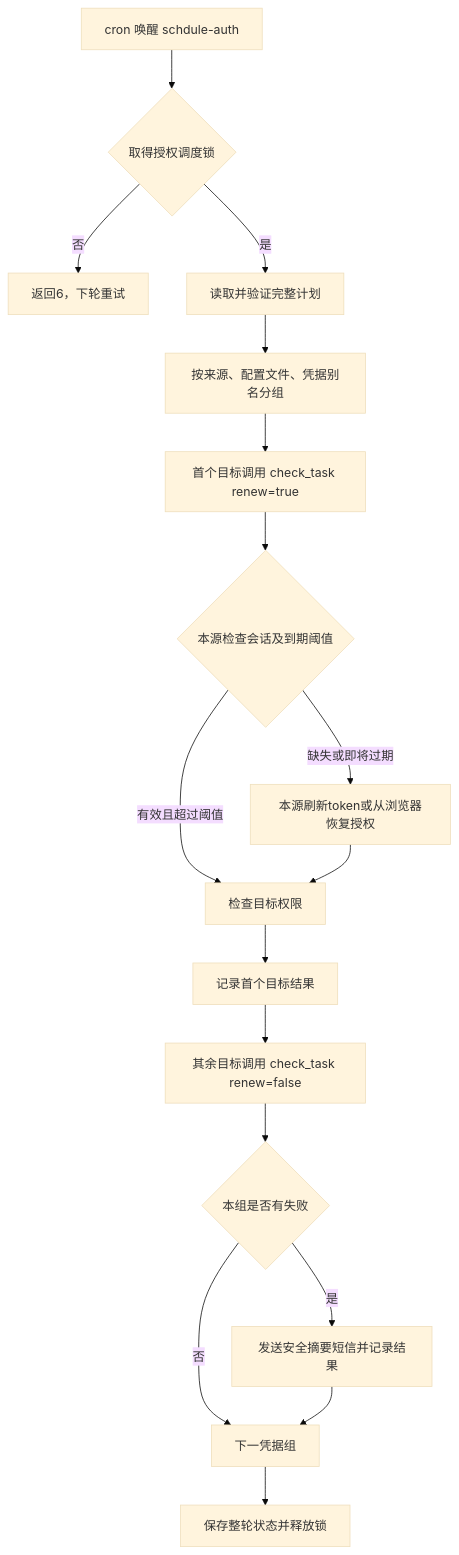
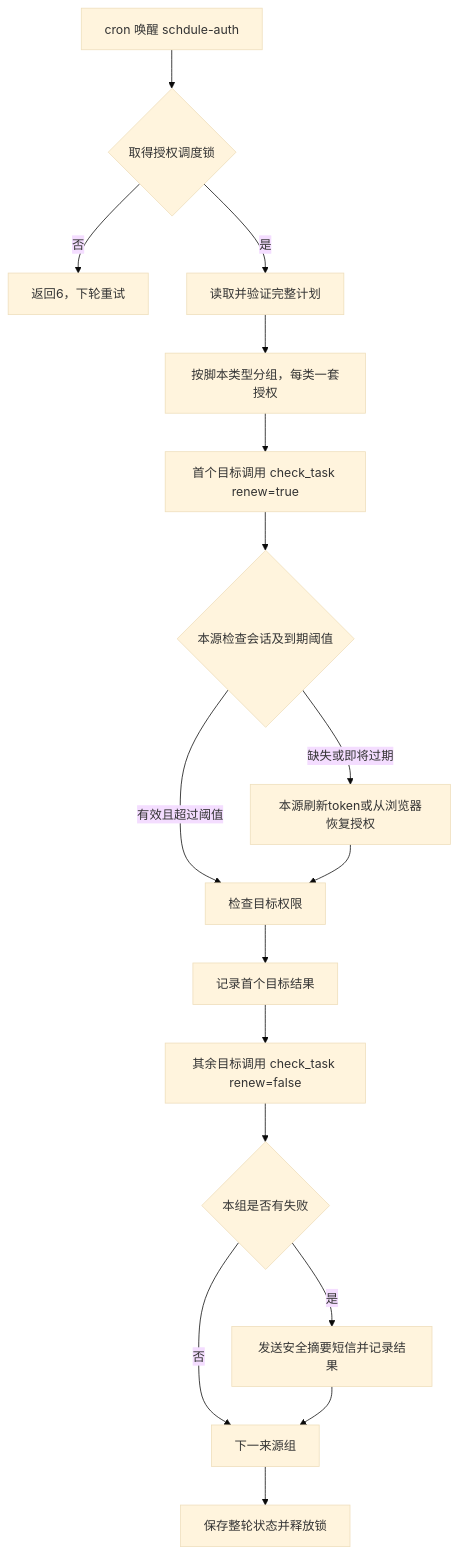
The second of 3 diagrams in schdule/SPEC.md (OnfireMrHuang/staffhub), drawn with Mermaid (base theme) before and after one commit. The commit also changed other lines of this file and 48 other files, not shown here.

````diff
--- a/schdule/SPEC.md
+++ b/schdule/SPEC.md
@@ -105,19 +104,19 @@
 ```mermaid
 flowchart TD
     A[cron 唤醒 schdule-auth] --> L{取得授权调度锁}
     L -- 否 --> B[返回6，下轮重试]
     L -- 是 --> P[读取并验证完整计划]
-    P --> G[按来源、配置文件、凭据别名分组]
+    P --> G[按脚本类型分组，每类一套授权]
     G --> M[首个目标调用 check_task renew=true]
     M --> H{本源检查会话及到期阈值}
     H -- 有效且超过阈值 --> V[检查目标权限]
     H -- 缺失或即将过期 --> R[本源刷新token或从浏览器恢复授权]
     R --> V
     V --> O[记录首个目标结果]
     O --> E[其余目标调用 check_task renew=false]
     E --> F{本组是否有失败}
     F -- 是 --> N[发送安全摘要短信并记录结果]
-    F -- 否 --> Z[下一凭据组]
+    F -- 否 --> Z[下一来源组]
     N --> Z
     Z --> J[保存整轮状态并释放锁]
 ```
````
